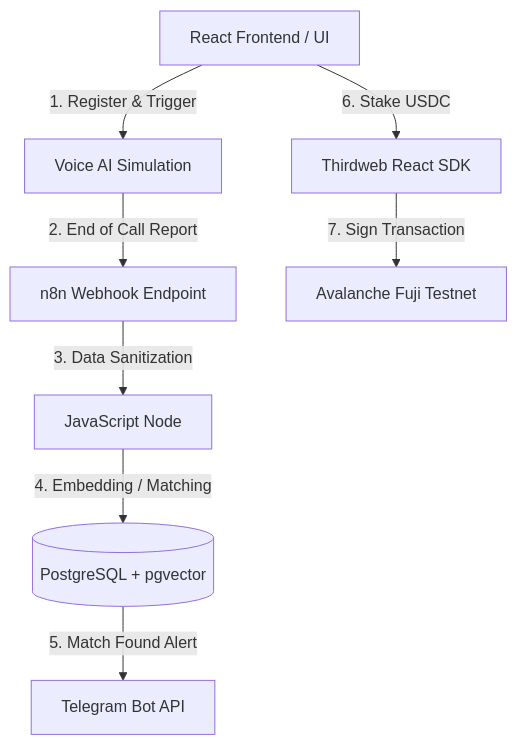
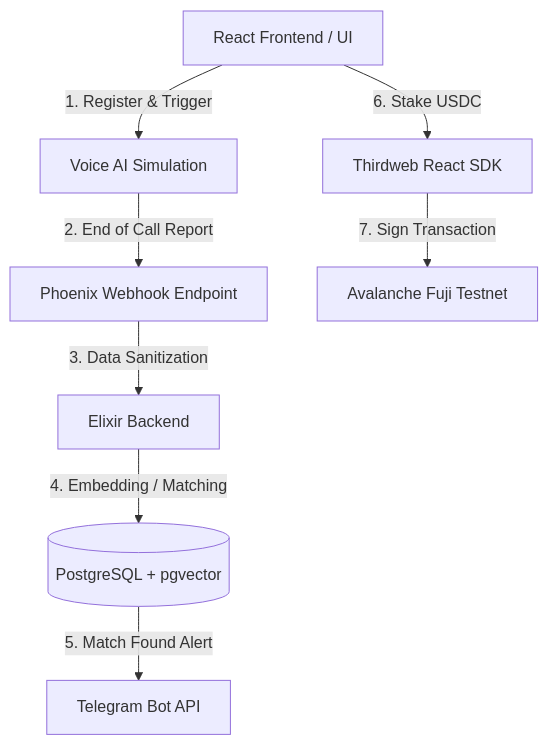
One commit to okumuraven/Boardy.ai changed the diagram in ARCHITECTURE.md. Above: the diagram before and after it, drawn with Mermaid. The commit also changed other lines of this file and 11 other files, not shown here.

Commit message:
Update project and architecture

````diff
--- a/ARCHITECTURE.md
+++ b/ARCHITECTURE.md
@@ -10,10 +10,10 @@
 ```mermaid
 graph TD
     A[React Frontend / UI] -->|1. Register & Trigger| B[Voice AI Simulation]
-    B -->|2. End of Call Report| C[n8n Webhook Endpoint]
-    C -->|3. Data Sanitization| D[JavaScript Node]
+    B -->|2. End of Call Report| C[Phoenix Webhook Endpoint]
+    C -->|3. Data Sanitization| D[Elixir Backend]
     D -->|4. Embedding / Matching| E[(PostgreSQL + pgvector)]
     E -->|5. Match Found Alert| F[Telegram Bot API]
     A -->|6. Stake USDC| G[Thirdweb React SDK]
     G -->|7. Sign Transaction| H[Avalanche Fuji Testnet]
 ```
````
